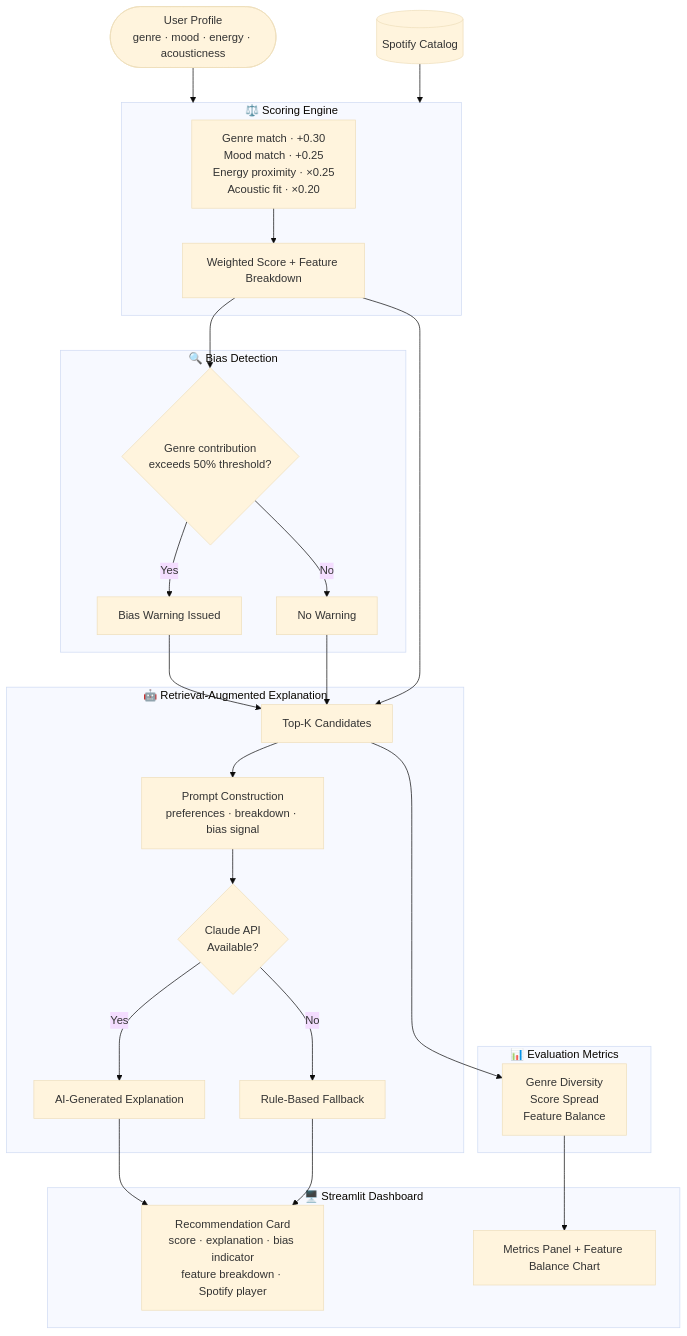
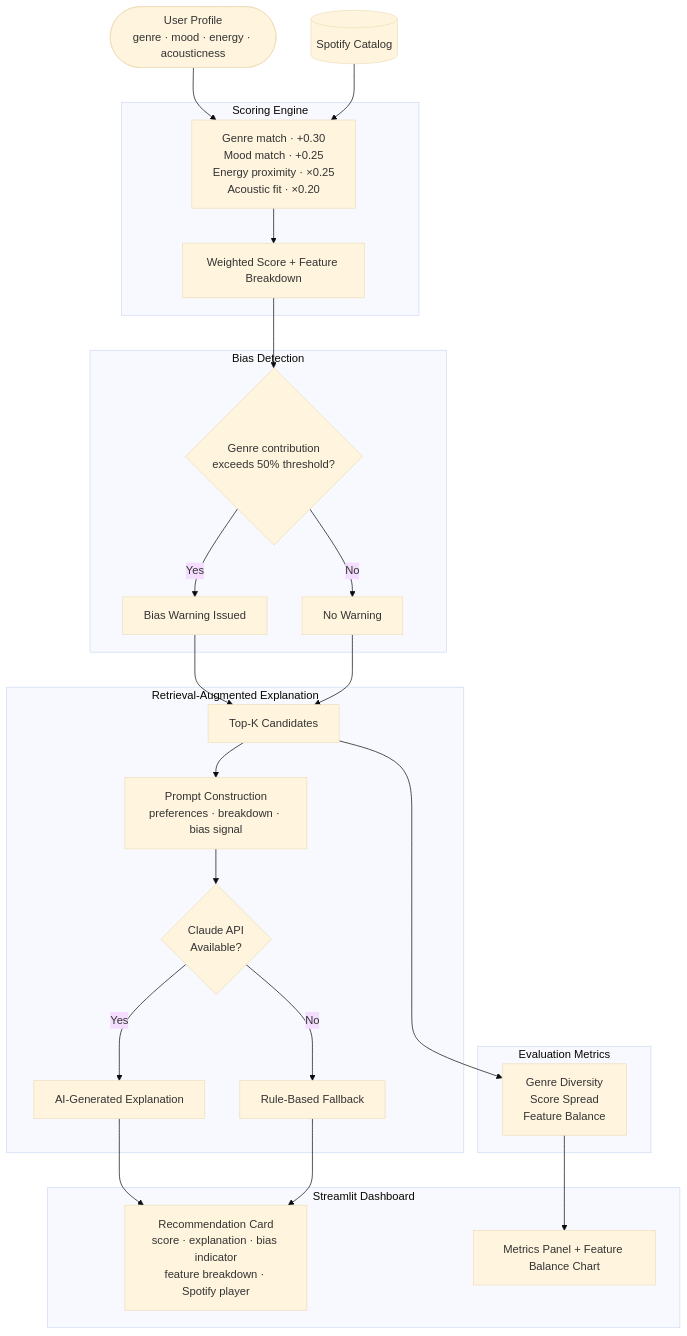
Before and after one commit to CarlosSac/applied-ai-system-project: the diagram in diagram.mmd, drawn with Mermaid (base theme).

```diff
--- a/diagram.mmd
+++ b/diagram.mmd
@@ -1,34 +1,30 @@
 flowchart TD
-    A(["User Profile<br/>genre · mood · energy · acousticness"]) --> SC
-    DS[("Spotify Catalog")] --> SC
+    A(["User Profile<br/>genre · mood · energy · acousticness"]) & DS[("Spotify Catalog")] --> B
 
-    subgraph SC ["⚖️ Scoring Engine"]
+    subgraph SC ["Scoring Engine"]
         B["Genre match · +0.30<br/>Mood match · +0.25<br/>Energy proximity · ×0.25<br/>Acoustic fit · ×0.20"] --> K["Weighted Score + Feature Breakdown"]
     end
 
-    subgraph BD ["🔍 Bias Detection"]
+    subgraph BD ["Bias Detection"]
         K --> BDC{"Genre contribution<br/>exceeds 50% threshold?"}
         BDC -- Yes --> BW["Bias Warning Issued"]
         BDC -- No  --> BN["No Warning"]
     end
 
-    BW --> M
-    BN --> M
-    K  --> M["Top-K Candidates"]
+    BW & BN --> M["Top-K Candidates"]
 
-    subgraph AI ["🤖 Retrieval-Augmented Explanation"]
+    subgraph AI ["Retrieval-Augmented Explanation"]
         M --> P["Prompt Construction<br/>preferences · breakdown · bias signal"]
         P --> R{"Claude API<br/>Available?"}
         R -- Yes --> S["AI-Generated Explanation"]
         R -- No  --> T["Rule-Based Fallback"]
     end
 
-    subgraph EM ["📊 Evaluation Metrics"]
+    subgraph EM ["Evaluation Metrics"]
         M --> EM1["Genre Diversity<br/>Score Spread<br/>Feature Balance"]
     end
 
-    subgraph UI ["🖥️ Streamlit Dashboard"]
-        S   --> Card["Recommendation Card<br/>score · explanation · bias indicator<br/>feature breakdown · Spotify player"]
-        T   --> Card
+    subgraph UI ["Streamlit Dashboard"]
+        S & T --> Card["Recommendation Card<br/>score · explanation · bias indicator<br/>feature breakdown · Spotify player"]
         EM1 --> MP["Metrics Panel + Feature Balance Chart"]
     end
```
